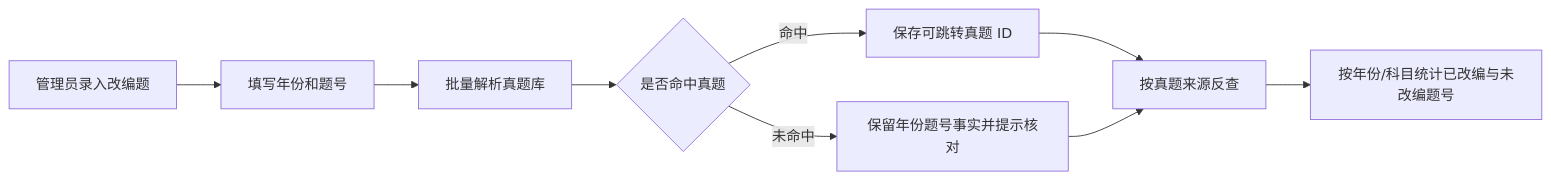
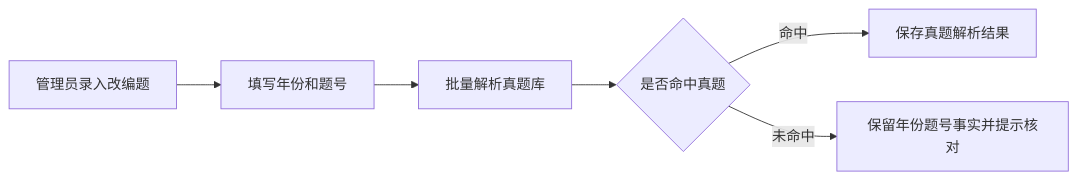
The sixth of 6 diagrams in doc/模块说明文档.md (ddll8023/408web), drawn with Mermaid before and after one commit. The commit also changed other lines of this file and 15 other files, not shown here.

````diff
--- a/doc/模块说明文档.md
+++ b/doc/模块说明文档.md
@@ -452,11 +450,8 @@
 ```mermaid
 flowchart LR
     A[管理员录入改编题] --> B[填写年份和题号]
     B --> C[批量解析真题库]
     C --> D{是否命中真题}
-    D -->|命中| E[保存可跳转真题 ID]
+    D -->|命中| E[保存真题解析结果]
     D -->|未命中| F[保留年份题号事实并提示核对]
-    E --> G[按真题来源反查]
-    F --> G
-    G --> H[按年份/科目统计已改编与未改编题号]
 ```
````
